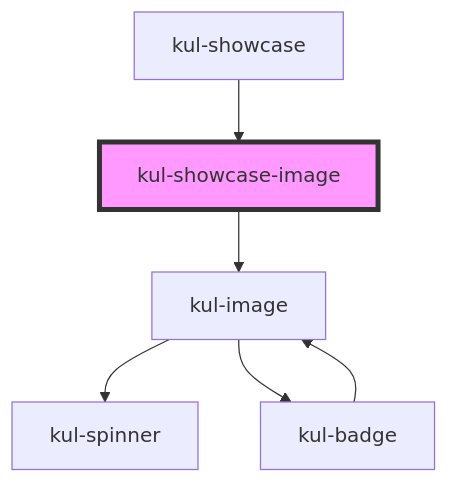
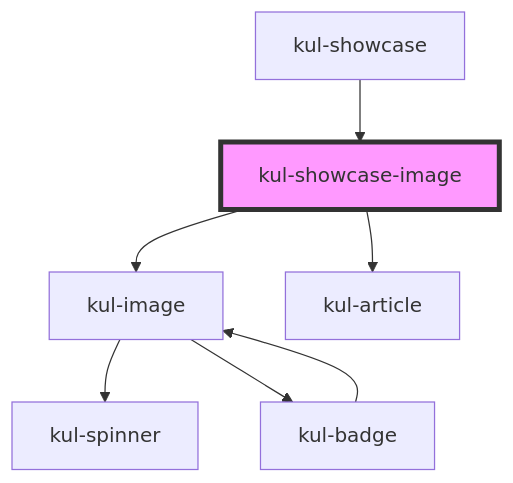
The diagram in packages/ketchup-lite/src/components/kul-showcase/components/image/readme.md (smeup/ketchup), drawn with Mermaid before and after one commit. The commit also changed other lines of this file and 15 other files, not shown here.

````diff
--- a/packages/ketchup-lite/src/components/kul-showcase/components/image/readme.md
+++ b/packages/ketchup-lite/src/components/kul-showcase/components/image/readme.md
@@ -29,9 +30,10 @@
 ```mermaid
 graph TD;
   kul-showcase-image --> kul-image
+  kul-showcase-image --> kul-article
   kul-image --> kul-spinner
   kul-image --> kul-badge
   kul-badge --> kul-image
   kul-showcase --> kul-showcase-image
   style kul-showcase-image fill:#f9f,stroke:#333,stroke-width:4px
 ```
````
